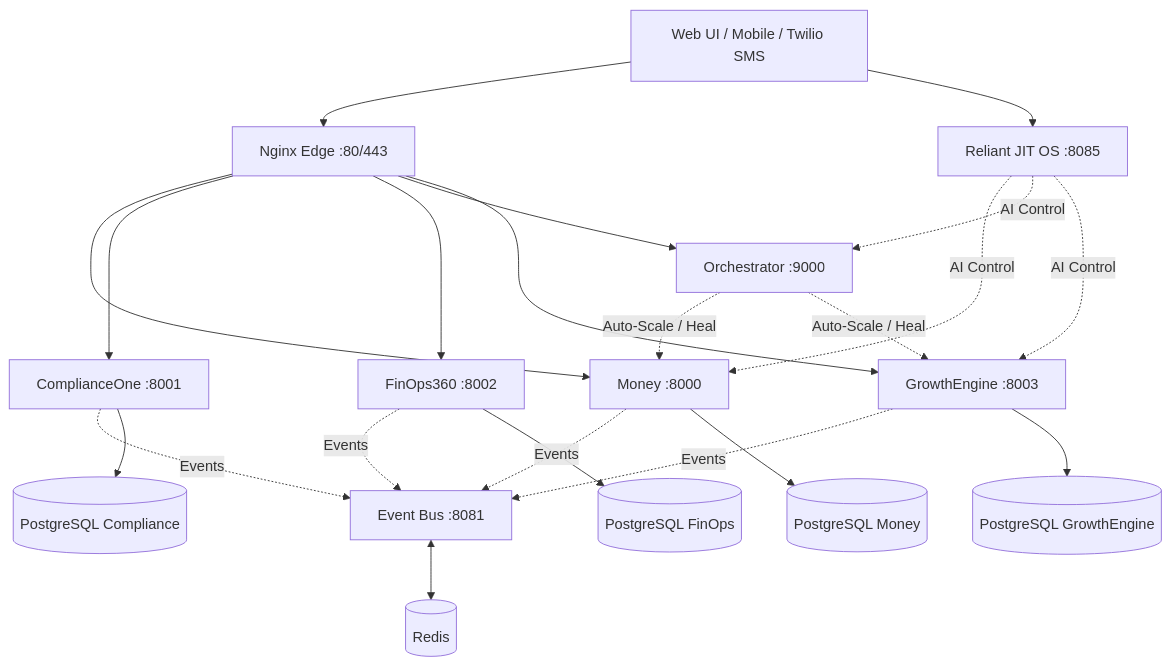
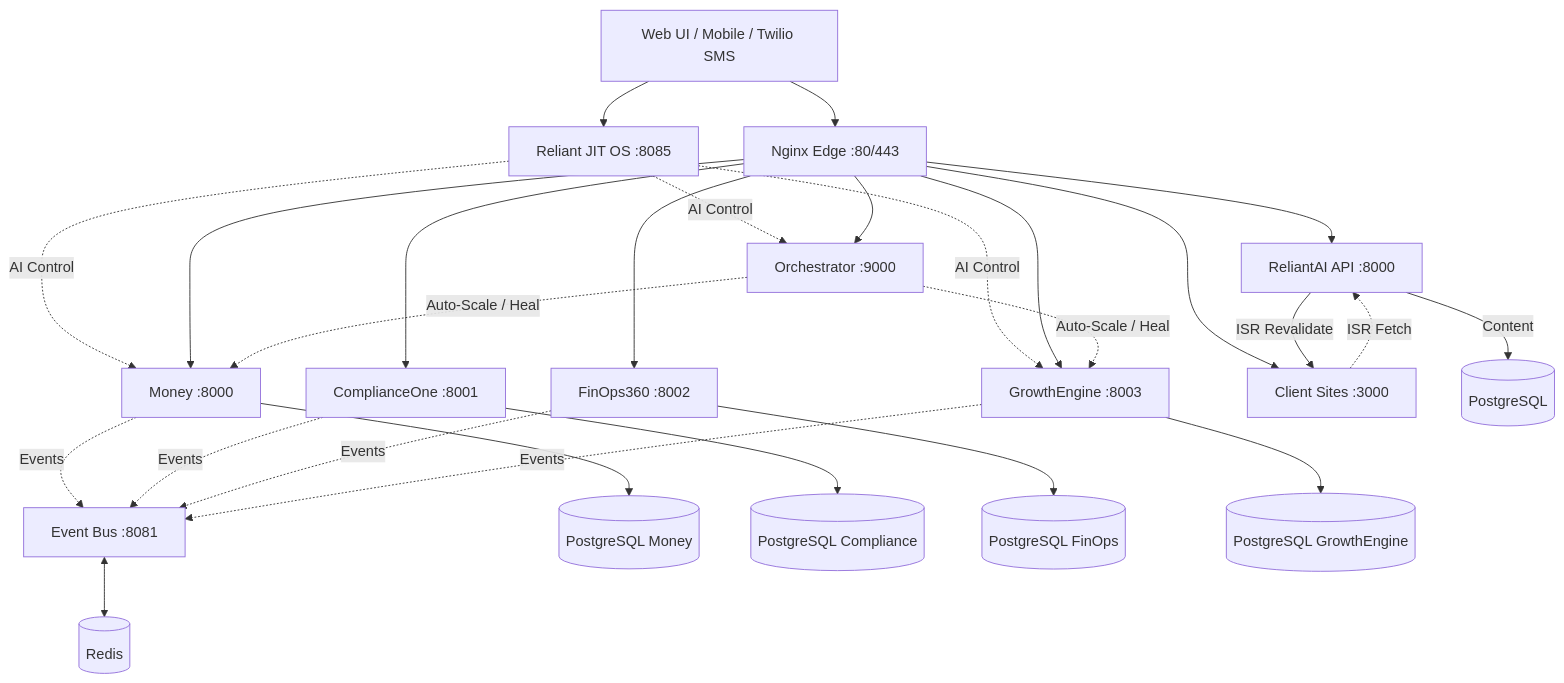
The diagram in README.md (Senpai-Sama7/ReliantAI), drawn with Mermaid before and after one commit. The commit also changed other lines of this file, not shown here.

Commit message:
docs: add ReliantAI API and Client Sites to Core Features

````diff
--- a/README.md
+++ b/README.md
@@ -66,30 +68,36 @@
 ```mermaid
 graph TB
     Client[Web UI / Mobile / Twilio SMS] --> N[Nginx Edge :80/443]
     Client --> JIT[Reliant JIT OS :8085]
     
     JIT -.->|AI Control| M[Money :8000]
     JIT -.->|AI Control| O[Orchestrator :9000]
     JIT -.->|AI Control| G[GrowthEngine :8003]
     
     N --> M[Money :8000]
+    N --> API[ReliantAI API :8000]
     N --> C[ComplianceOne :8001]
     N --> F[FinOps360 :8002]
     N --> O[Orchestrator :9000]
     N --> G[GrowthEngine :8003]
+    N --> CS[Client Sites :3000]
+    
+    API -->|Content| DB[(PostgreSQL)]
+    API -->|ISR Revalidate| CS
+    CS -.->|ISR Fetch| API
     
     M -.->|Events| EB[Event Bus :8081]
     C -.->|Events| EB
     F -.->|Events| EB
     G -.->|Events| EB
     
     EB <--> R[(Redis)]
     
     M --> DB_M[(PostgreSQL Money)]
     C --> DB_C[(PostgreSQL Compliance)]
     F --> DB_F[(PostgreSQL FinOps)]
     G --> DB_G[(PostgreSQL GrowthEngine)]
     
     O -.->|Auto-Scale / Heal| M
     O -.->|Auto-Scale / Heal| G
 ```
````
